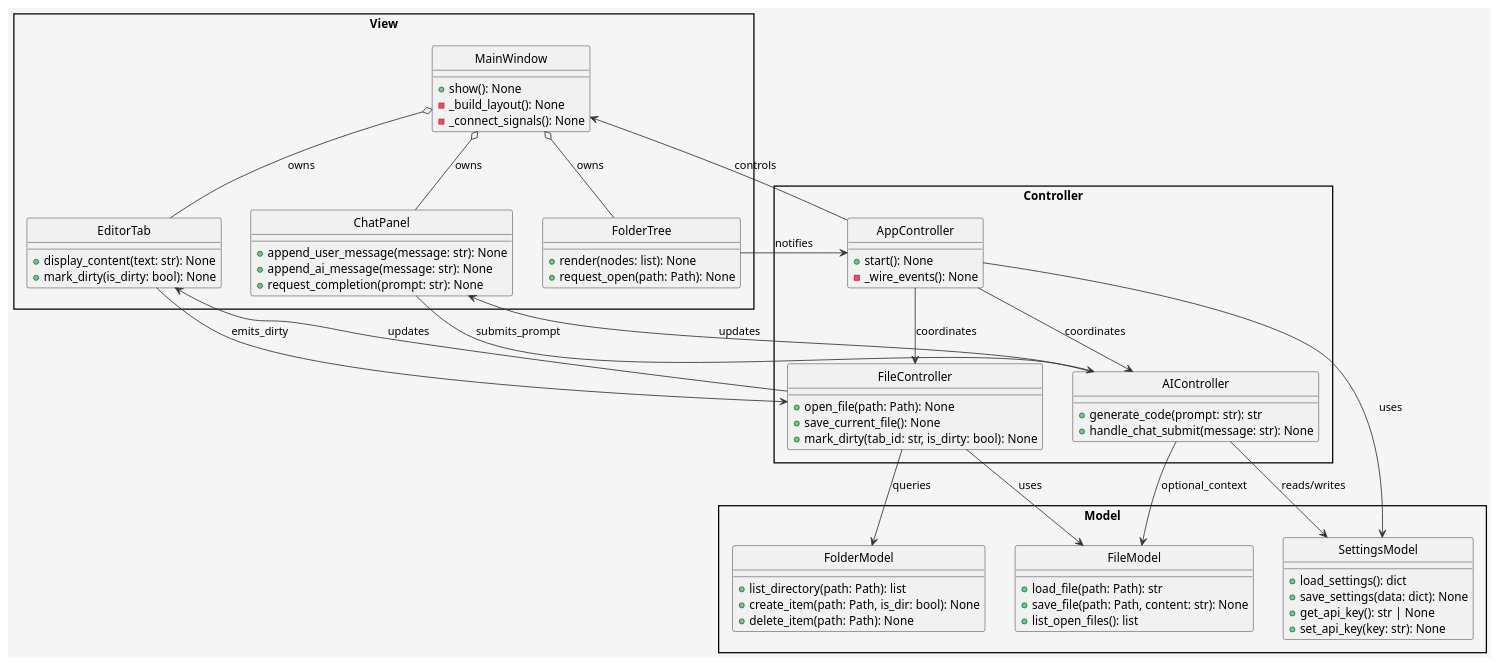
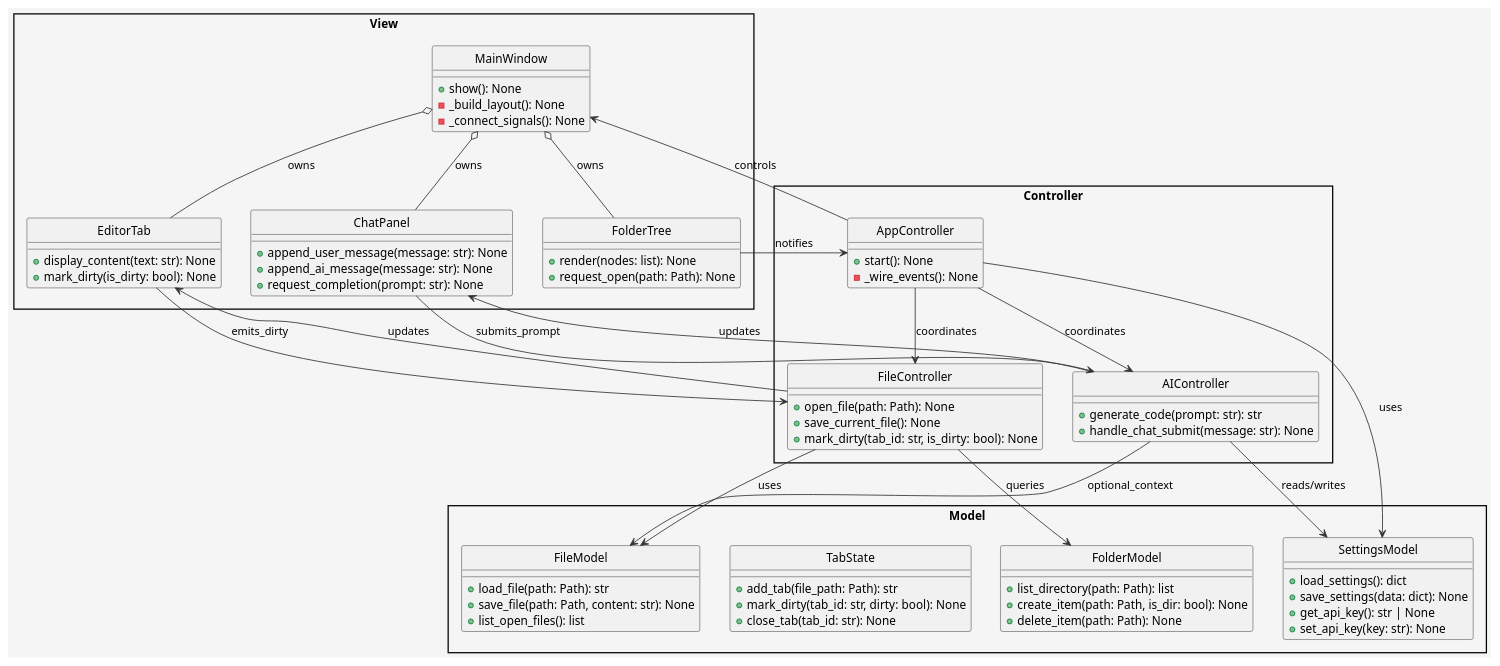
Before and after one commit to tt2tt/my_editor: the diagram in design/architecture.puml, drawn with PlantUML. The commit also changed 4 other files, not shown here.

```diff
--- a/design/architecture.puml
+++ b/design/architecture.puml
@@ -1,94 +1,100 @@
 @startuml ArchitectureDiagram
 ' MVC構造のクラス図。ControllerがModelとView間の仲介を行う。
 skinparam style strictuml
 skinparam packageStyle rectangle
 skinparam backgroundColor #f5f5f5
 skinparam ArrowColor #333333
 skinparam ArrowThickness 1
 skinparam defaultTextAlignment center
 
 package "Model" {
   class FileModel {
     +load_file(path: Path): str
     +save_file(path: Path, content: str): None
     +list_open_files(): list
   }
 
   class FolderModel {
     +list_directory(path: Path): list
     +create_item(path: Path, is_dir: bool): None
     +delete_item(path: Path): None
+  }
+
+  class TabState {
+    +add_tab(file_path: Path): str
+    +mark_dirty(tab_id: str, dirty: bool): None
+    +close_tab(tab_id: str): None
   }
 
   class SettingsModel {
     +load_settings(): dict
     +save_settings(data: dict): None
     +get_api_key(): str | None
     +set_api_key(key: str): None
   }
 }
 
 package "View" {
   class MainWindow {
     +show(): None
     -_build_layout(): None
     -_connect_signals(): None
   }
 
   class EditorTab {
     +display_content(text: str): None
     +mark_dirty(is_dirty: bool): None
   }
 
   class FolderTree {
     +render(nodes: list): None
     +request_open(path: Path): None
   }
 
   class ChatPanel {
     +append_user_message(message: str): None
     +append_ai_message(message: str): None
     +request_completion(prompt: str): None
   }
 }
 
 package "Controller" {
   class AppController {
     +start(): None
     -_wire_events(): None
   }
 
   class FileController {
     +open_file(path: Path): None
     +save_current_file(): None
     +mark_dirty(tab_id: str, is_dirty: bool): None
   }
 
   class AIController {
     +generate_code(prompt: str): str
     +handle_chat_submit(message: str): None
   }
 }
 
 AppController --> MainWindow : controls
 AppController --> FileController : coordinates
 AppController --> AIController : coordinates
 AppController --> SettingsModel : uses
 
 FileController --> FileModel : uses
 FileController --> EditorTab : updates
 FileController --> FolderModel : queries
 
 AIController --> ChatPanel : updates
 AIController --> SettingsModel : reads/writes
 AIController --> FileModel : optional_context
 
 MainWindow o-- EditorTab : owns
 MainWindow o-- FolderTree : owns
 MainWindow o-- ChatPanel : owns
 
 FolderTree --> AppController : notifies
 EditorTab --> FileController : emits_dirty
 ChatPanel --> AIController : submits_prompt
 
 @enduml
```
